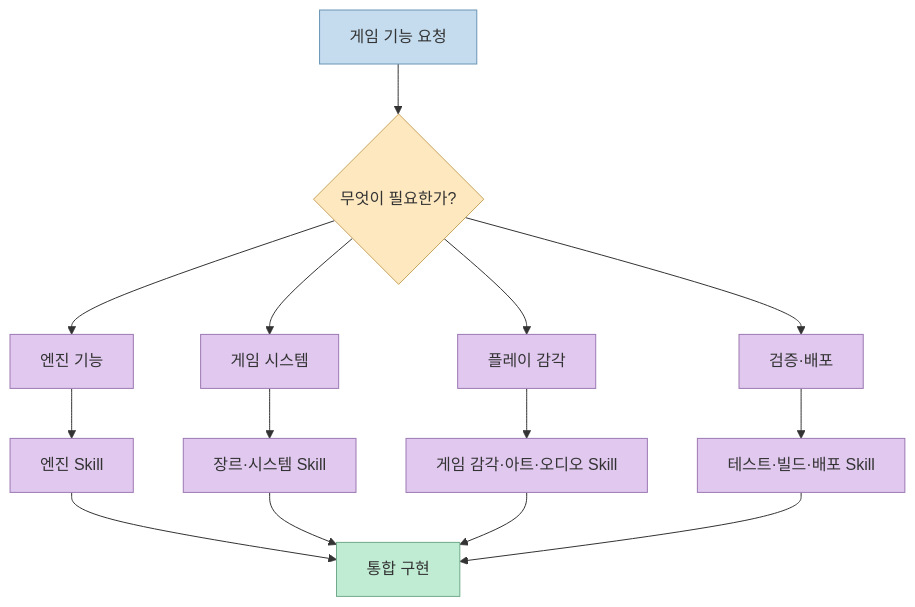
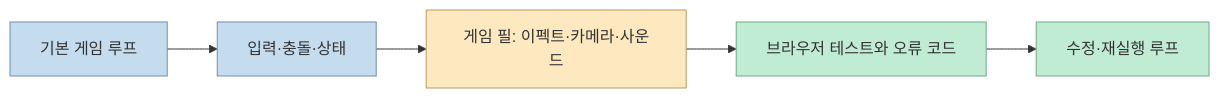
One commit to gyuha/game-dev changed the fifth of 6 diagrams in src/content/blog/resources/2026/11/awesome-gamedev-agent-skills-router.md. Above: the diagram before and after it, drawn with Mermaid. The commit also changed other lines of this file and 3 other files, not shown here.

````diff
--- a/src/content/blog/resources/2026/11/awesome-gamedev-agent-skills-router.md
+++ b/src/content/blog/resources/2026/11/awesome-gamedev-agent-skills-router.md
@@ -193,24 +154,13 @@
 ```mermaid
-flowchart TD
-    A[게임 기능 요청] --> B{무엇이 필요한가?}
-    B --> C[엔진 기능]
-    B --> D[게임 시스템]
-    B --> E[플레이 감각]
-    B --> F[검증·배포]
-    C --> G[엔진 Skill]
-    D --> H[장르·시스템 Skill]
-    E --> I[게임 감각·아트·오디오 Skill]
-    F --> J[테스트·빌드·배포 Skill]
-    G --> K[통합 구현]
-    H --> K
-    I --> K
-    J --> K
-    classDef inputTone fill:#c5dcef,stroke:#6b95b5,color:#333
-    classDef choiceTone fill:#fde8c0,stroke:#c9a45e,color:#333
-    classDef skillTone fill:#e0c8ef,stroke:#9c78b3,color:#333
-    classDef resultTone fill:#c0ecd3,stroke:#70a98b,color:#333
-    class A inputTone
-    class B choiceTone
-    class C,D,E,F,G,H,I,J skillTone
-    class K resultTone
+flowchart LR
+    A[기본 게임 루프] --> B[입력·충돌·상태]
+    B --> C[게임 필: 이펙트·카메라·사운드]
+    C --> D[브라우저 테스트와 오류 코드]
+    D --> E[수정·재실행 루프]
+    classDef coreTone fill:#c5dcef,stroke:#6d90ad,color:#333
+    classDef feelTone fill:#fde8c0,stroke:#b99b5c,color:#333
+    classDef testTone fill:#c0ecd3,stroke:#70a98b,color:#333
+    class A,B coreTone
+    class C feelTone
+    class D,E testTone
 ```
````
